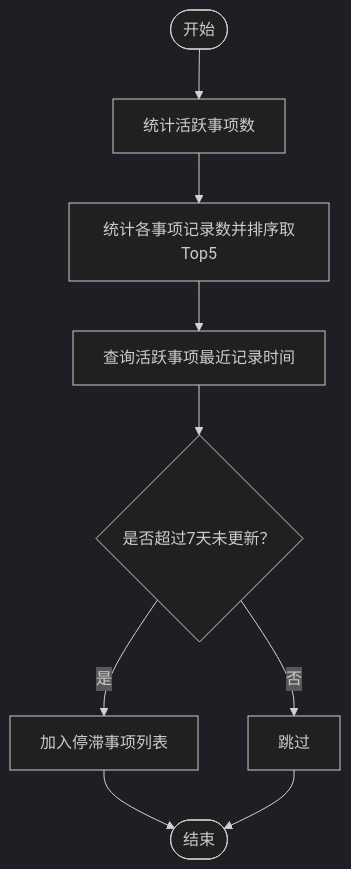
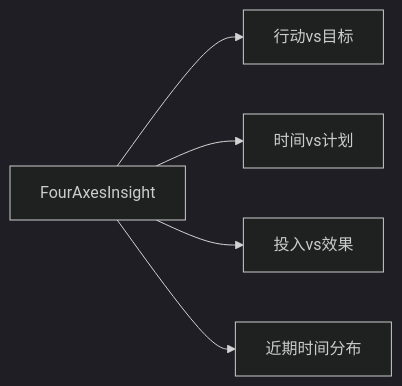
One commit to bbong1234/TETO changed the sixth of 14 diagrams in .qoder/repowiki/zh/content/核心功能模块/洞察分析系统/洞察分析系统.md. Above: the diagram before and after it, drawn with Mermaid (dark theme). The commit also changed other lines of this file and 10 other files, not shown here.

````diff
--- a/.qoder/repowiki/zh/content/核心功能模块/洞察分析系统/洞察分析系统.md
+++ b/.qoder/repowiki/zh/content/核心功能模块/洞察分析系统/洞察分析系统.md
@@ -181,11 +239,7 @@
 ```mermaid
-flowchart TD
-S(["开始"]) --> A["统计活跃事项数"]
-A --> B["统计各事项记录数并排序取Top5"]
-B --> C["查询活跃事项最近记录时间"]
-C --> D{"是否超过7天未更新？"}
-D --> |是| E["加入停滞事项列表"]
-D --> |否| F["跳过"]
-E --> G(["结束"])
-F --> G
+graph LR
+A["FourAxesInsight"] --> B["行动vs目标"]
+A --> C["时间vs计划"]
+A --> D["投入vs效果"]
+A --> E["近期时间分布"]
 ```
````
